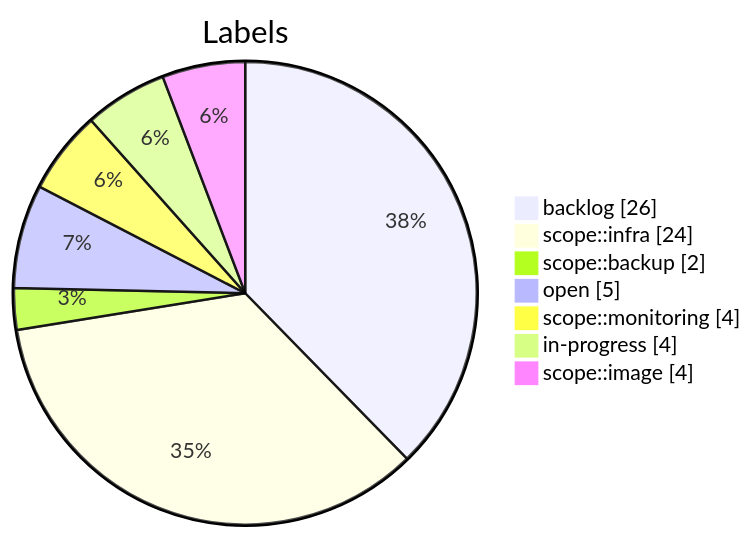
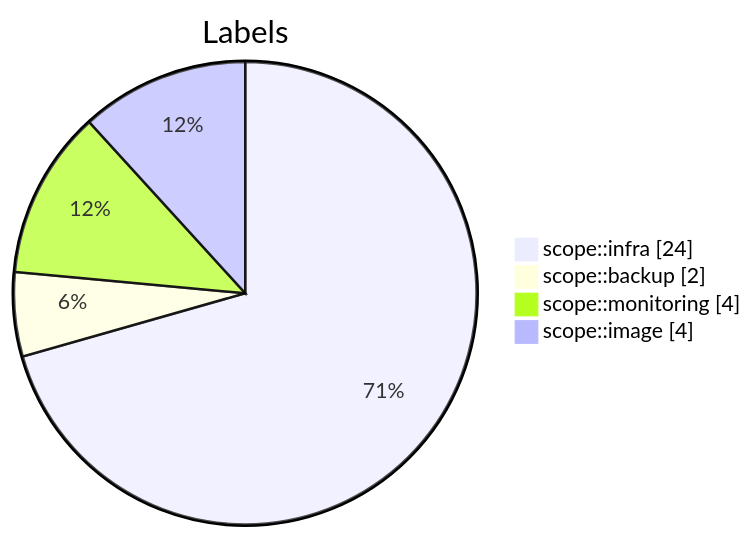
One commit to Gooseppr/GevOps_LC changed the seventh of 7 diagrams in modules/M41_projet-board-J01.md. Above: the diagram before and after it, drawn with Mermaid. The commit also changed other lines of this file, not shown here.

````diff
--- a/modules/M41_projet-board-J01.md
+++ b/modules/M41_projet-board-J01.md
@@ -162,11 +118,8 @@
 ```mermaid
 pie showData
     title Labels
-    "backlog" : 26
     "scope::infra" : 24
     "scope::backup" : 2
-    "open" : 5
     "scope::monitoring" : 4
-    "in-progress" : 4
     "scope::image" : 4
 ```
````
